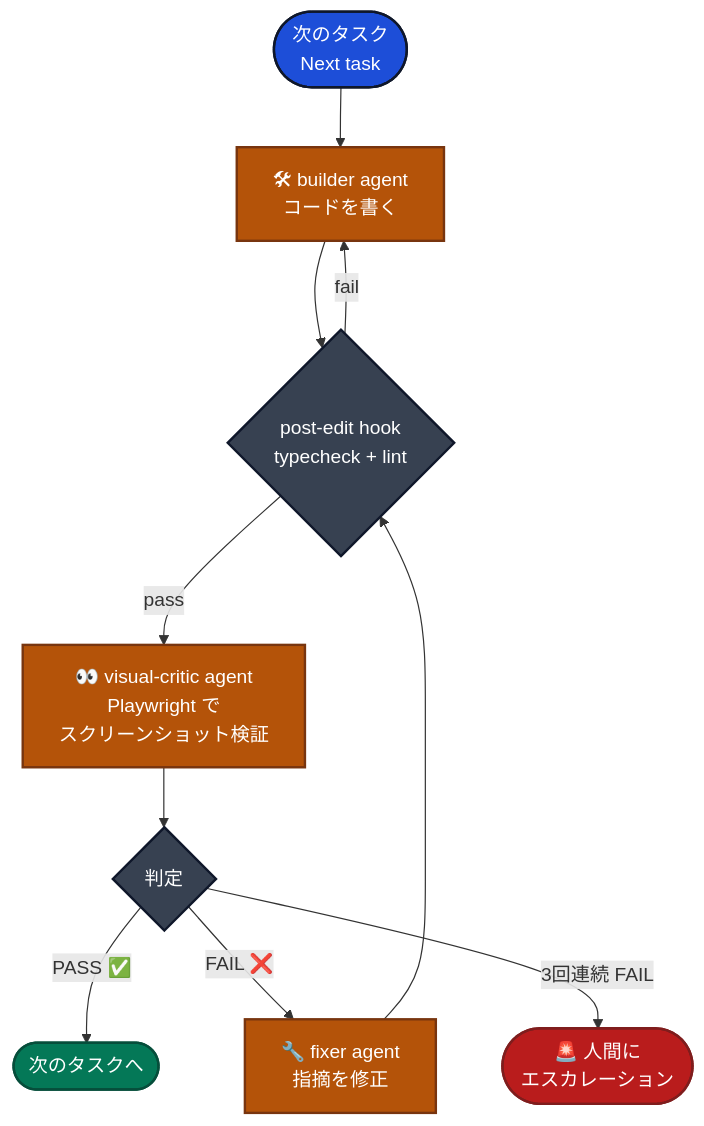
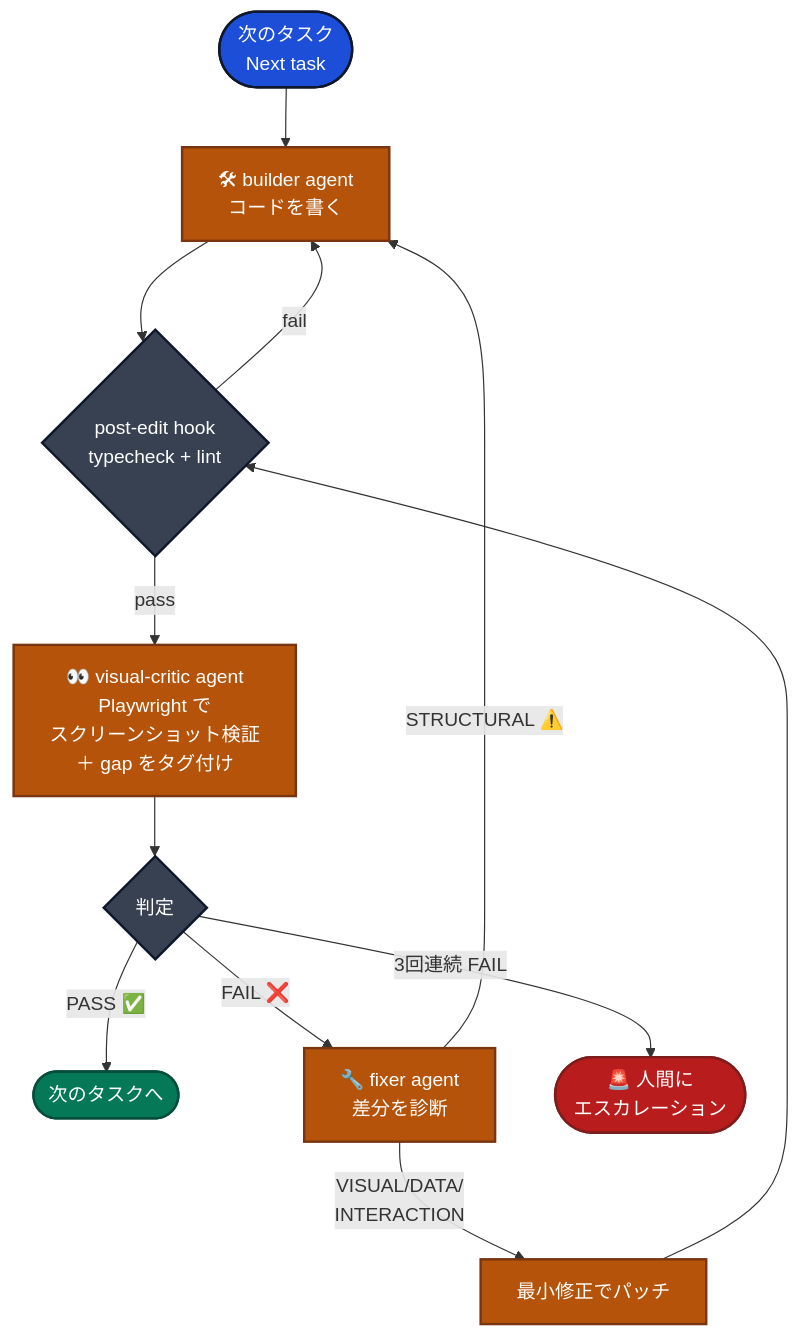
Before and after one commit to nukacha/claude-code-mock-starter: the second of 2 diagrams in README.md, drawn with Mermaid. The commit also changed 3 other files, not shown here.

First line of the commit message:
agents: tag gaps and route structural failures back to builder

````diff
--- a/README.md
+++ b/README.md
@@ -218,21 +218,24 @@
 ```mermaid
 flowchart TD
     Start([次のタスク<br/>Next task]) --> Builder[🛠 builder agent<br/>コードを書く]
     Builder --> Hook{post-edit hook<br/>typecheck + lint}
     Hook -->|fail| Builder
-    Hook -->|pass| Critic[👀 visual-critic agent<br/>Playwright で<br/>スクリーンショット検証]
+    Hook -->|pass| Critic[👀 visual-critic agent<br/>Playwright で<br/>スクリーンショット検証<br/>＋ gap をタグ付け]
     Critic --> Verdict{判定}
     Verdict -->|PASS ✅| Next([次のタスクへ])
-    Verdict -->|FAIL ❌| Fixer[🔧 fixer agent<br/>指摘を修正]
-    Fixer --> Hook
+    Verdict -->|FAIL ❌| Fixer[🔧 fixer agent<br/>差分を診断]
+    Fixer -->|VISUAL/DATA/<br/>INTERACTION| Patch[最小修正でパッチ]
+    Patch --> Hook
+    Fixer -->|STRUCTURAL ⚠️| Builder
     Verdict -->|3回連続 FAIL| Escalate([🚨 人間に<br/>エスカレーション])
 
     style Start fill:#1d4ed8,stroke:#0f172a,stroke-width:2px,color:#ffffff
     style Next fill:#047857,stroke:#064e3b,stroke-width:2px,color:#ffffff
     style Escalate fill:#b91c1c,stroke:#7f1d1d,stroke-width:2px,color:#ffffff
     style Builder fill:#b45309,stroke:#78350f,stroke-width:2px,color:#ffffff
     style Critic fill:#b45309,stroke:#78350f,stroke-width:2px,color:#ffffff
     style Fixer fill:#b45309,stroke:#78350f,stroke-width:2px,color:#ffffff
+    style Patch fill:#b45309,stroke:#78350f,stroke-width:2px,color:#ffffff
     style Hook fill:#374151,stroke:#0f172a,stroke-width:2px,color:#ffffff
     style Verdict fill:#374151,stroke:#0f172a,stroke-width:2px,color:#ffffff
 ```
````
